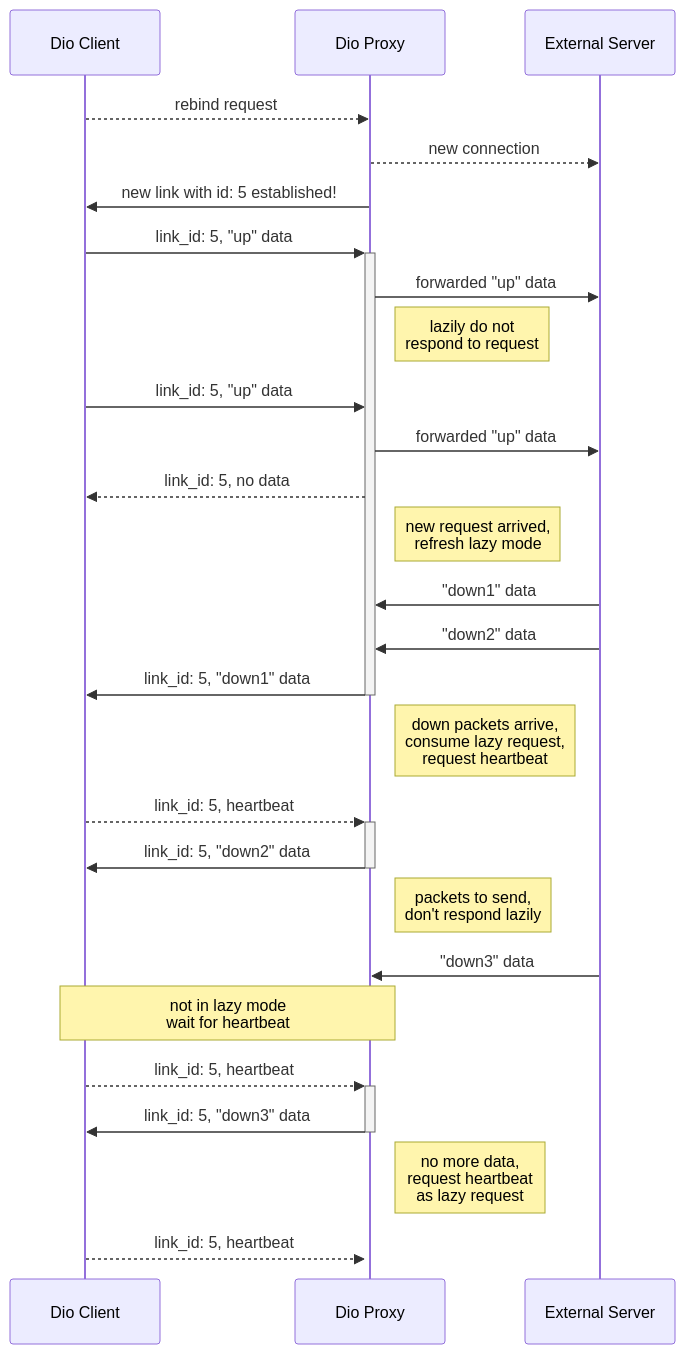
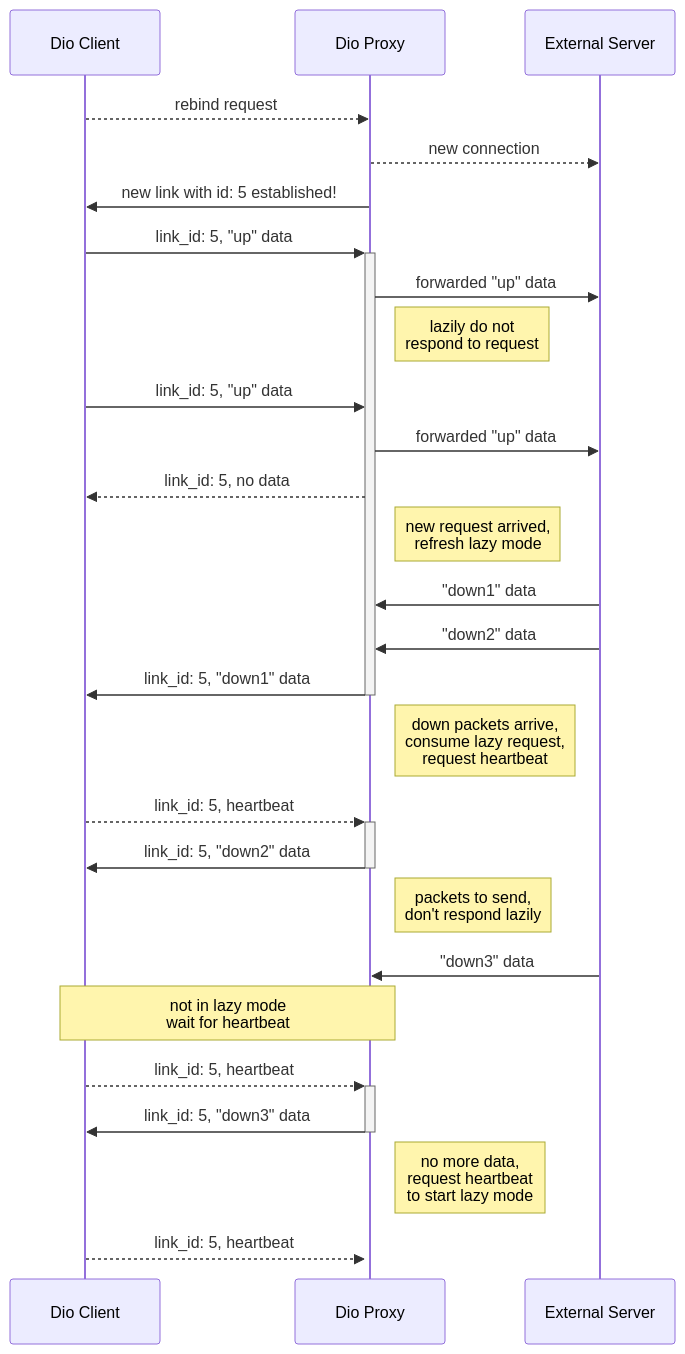
One commit to caszuu/btr changed the diagram in README.md. Above: the diagram before and after it, drawn with Mermaid. The commit also changed other lines of this file, not shown here.

````diff
--- a/README.md
+++ b/README.md
@@ -98,29 +96,29 @@
 ```mermaid
 sequenceDiagram
 	participant C as Dio Client
 	participant P as Dio Proxy
 	participant E as External Server
 	C-->>P: rebind request
 	P-->>E: new connection
 	P->>C: new link with id: 5 established!
 	C->>+P: link_id: 5, "up" data
 	P->>E: forwarded "up" data
 	Note right of P: lazily do not<br/>respond to request
 	C->>P: link_id: 5, "up" data
 	P->>E: forwarded "up" data
 	P-->>C: link_id: 5, no data
 	Note right of P: new request arrived,<br/>refresh lazy mode
 	E->>P: "down1" data
 	E->>P: "down2" data
 	P->>-C: link_id: 5, "down1" data
 	Note right of P: down packets arrive,<br/>consume lazy request,<br/>request heartbeat
 	C-->>+P: link_id: 5, heartbeat
 	P->>-C: link_id: 5, "down2" data
 	Note right of P: packets to send,<br/>don't respond lazily
 	E->>P: "down3" data
 	Note over C,P: not in lazy mode<br/>wait for heartbeat
 	C-->>+P: link_id: 5, heartbeat
 	P->>-C: link_id: 5, "down3" data
-	Note right of P: no more data,<br/>request heartbeat<br/>as lazy request
+	Note right of P: no more data,<br/>request heartbeat<br/>to start lazy mode
 	C-->>+P: link_id: 5, heartbeat
 ```
````
